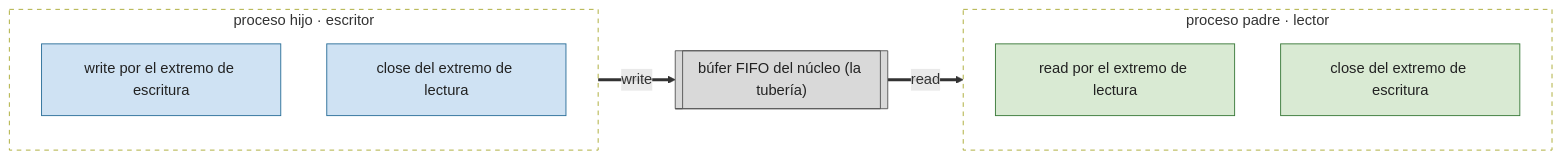
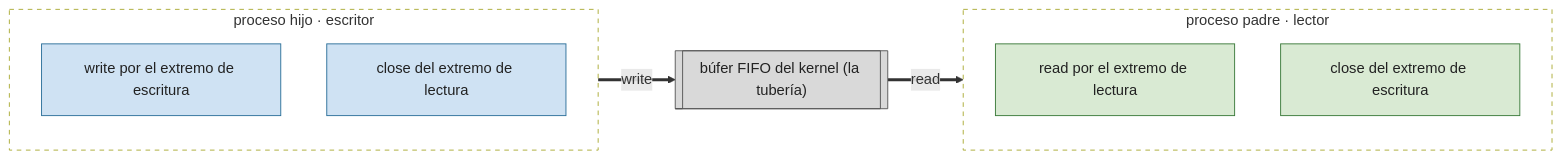
Before and after one commit to asiermarzo/ssoo: the diagram in PRACTICA/03-pipes-y-fifos/README.md, drawn with Mermaid. The commit also changed 18 other files, not shown here.

````diff
--- a/PRACTICA/03-pipes-y-fifos/README.md
+++ b/PRACTICA/03-pipes-y-fifos/README.md
@@ -31,25 +31,25 @@
 ```mermaid
 flowchart LR
     subgraph Padre["proceso padre · lector"]
         direction TB
         PR["read por el extremo de lectura"]
         PC["close del extremo de escritura"]
     end
     subgraph Hijo["proceso hijo · escritor"]
         direction TB
         HW["write por el extremo de escritura"]
         HC["close del extremo de lectura"]
     end
-    HW ==>|"write"| BUF[["búfer FIFO del núcleo (la tubería)"]]
+    HW ==>|"write"| BUF[["búfer FIFO del kernel (la tubería)"]]
     BUF ==>|"read"| PR
 
     classDef lector fill:#d9ead3,stroke:#3a7a3a,color:#222;
     classDef escritor fill:#cfe2f3,stroke:#2b6f99,color:#222;
     classDef nucleo fill:#d9d9d9,stroke:#555,color:#222;
 
     class PR,PC lector;
     class HW,HC escritor;
     class BUF nucleo;
     style Padre fill:none,stroke-dasharray: 5 5;
     style Hijo fill:none,stroke-dasharray: 5 5;
 ```
````
